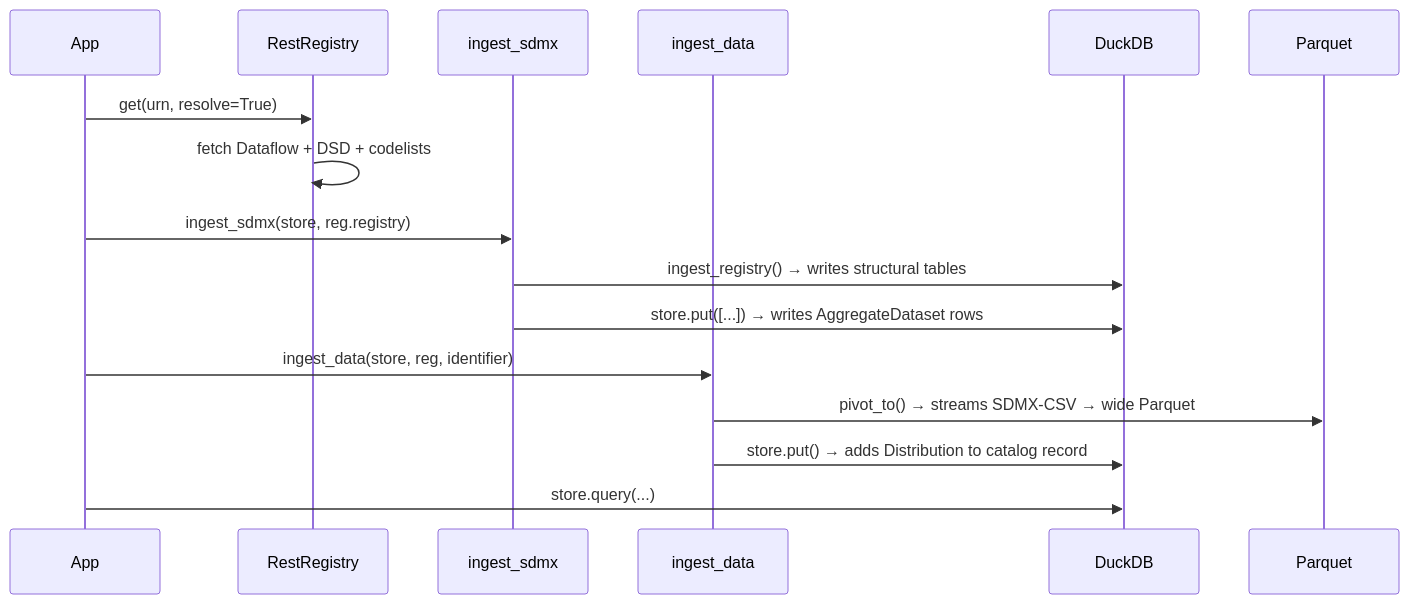
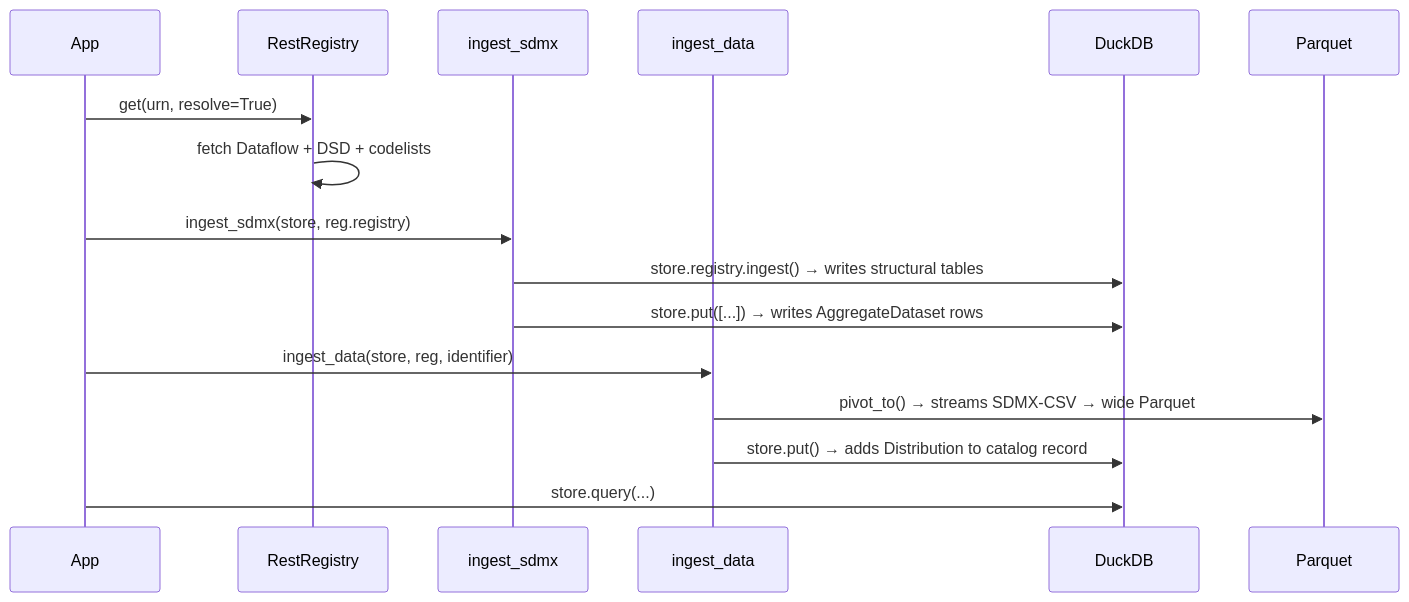
The first of 2 diagrams in docs/tutorial.md (StatCat-Suite/statcatlib), drawn with Mermaid before and after one commit. The commit also changed other lines of this file and 11 other files, not shown here.

````diff
--- a/docs/tutorial.md
+++ b/docs/tutorial.md
@@ -132,19 +131,19 @@
 ```mermaid
 sequenceDiagram
     participant App
     participant RestRegistry
     participant ingest_sdmx
     participant ingest_data
     participant DuckDB
     participant Parquet
 
     App->>RestRegistry: get(urn, resolve=True)
     RestRegistry->>RestRegistry: fetch Dataflow + DSD + codelists
     App->>ingest_sdmx: ingest_sdmx(store, reg.registry)
-    ingest_sdmx->>DuckDB: ingest_registry() → writes structural tables
+    ingest_sdmx->>DuckDB: store.registry.ingest() → writes structural tables
     ingest_sdmx->>DuckDB: store.put([...]) → writes AggregateDataset rows
     App->>ingest_data: ingest_data(store, reg, identifier)
     ingest_data->>Parquet: pivot_to() → streams SDMX-CSV → wide Parquet
     ingest_data->>DuckDB: store.put() → adds Distribution to catalog record
     App->>DuckDB: store.query(...)
 ```
````
